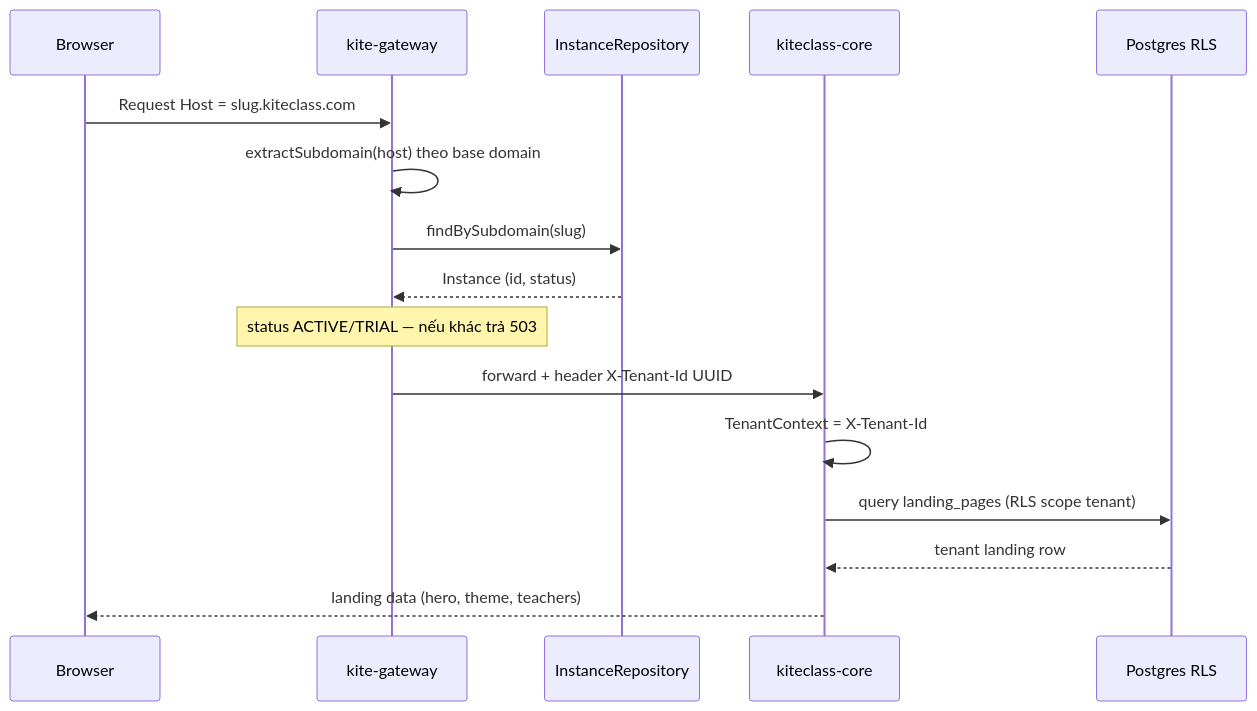
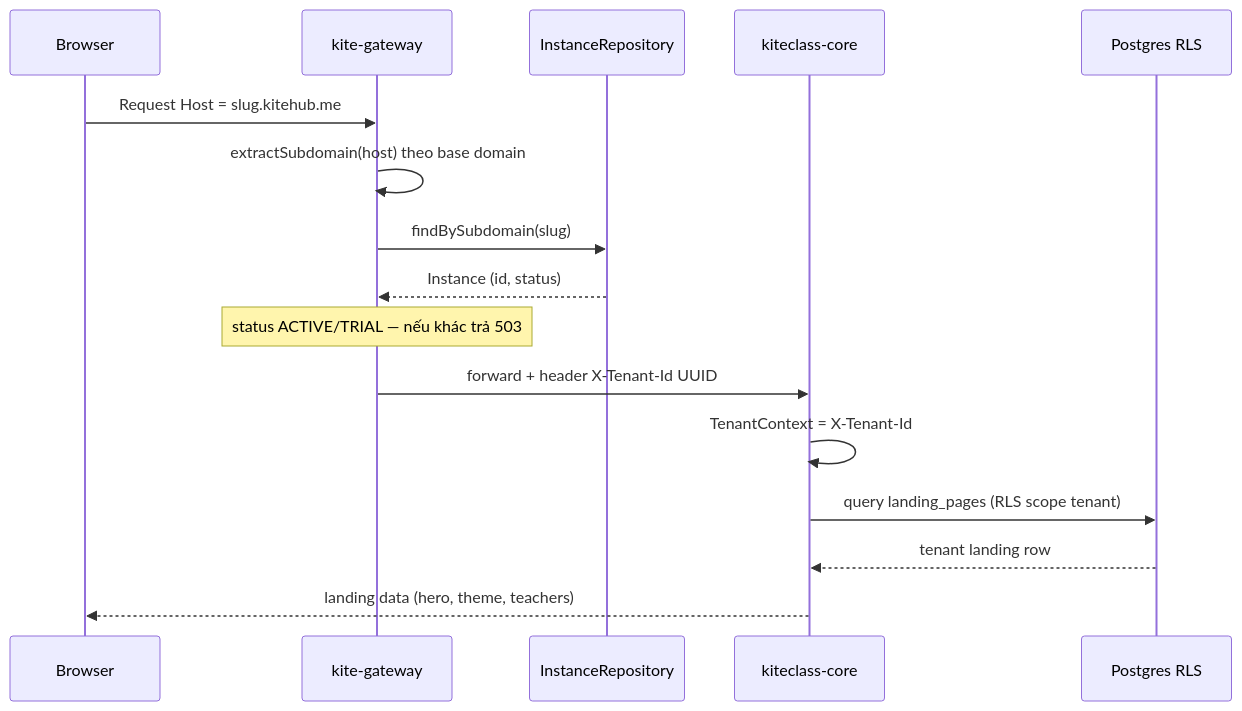
The second of 3 diagrams in documents/02-architecture/tenant-domain-landing-architecture.md (VictorAurelius/2026-Kite-Class-Platform), drawn with Mermaid before and after one commit. The commit also changed other lines of this file and 278 other files, not shown here.

First line of the commit message:
fix(domain): sweep stale kiteclass.vn/.com → canonical kitehub.me ({slug}.kitehub.me tenant) + CI detector (GAP-1241) (#2374)

````diff
--- a/documents/02-architecture/tenant-domain-landing-architecture.md
+++ b/documents/02-architecture/tenant-domain-landing-architecture.md
@@ -56,19 +56,19 @@
 ```mermaid
 sequenceDiagram
     participant B as Browser
     participant GW as kite-gateway
     participant IR as InstanceRepository
     participant Core as kiteclass-core
     participant DB as Postgres RLS
 
-    B->>GW: Request Host = slug.kiteclass.com
+    B->>GW: Request Host = slug.kitehub.me
     GW->>GW: extractSubdomain(host) theo base domain
     GW->>IR: findBySubdomain(slug)
     IR-->>GW: Instance (id, status)
     Note over GW: status ACTIVE/TRIAL — nếu khác trả 503
     GW->>Core: forward + header X-Tenant-Id UUID
     Core->>Core: TenantContext = X-Tenant-Id
     Core->>DB: query landing_pages (RLS scope tenant)
     DB-->>Core: tenant landing row
     Core-->>B: landing data (hero, theme, teachers)
 ```
````
